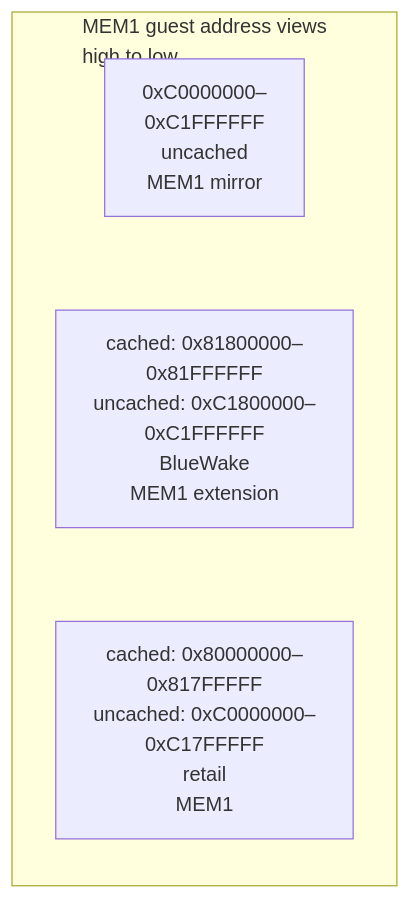
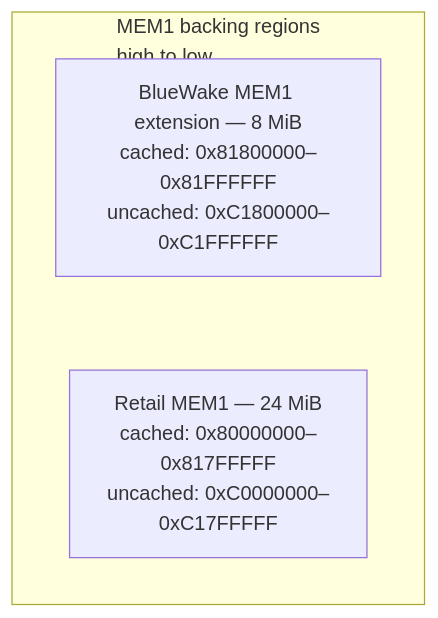
Before and after one commit to Aelbannan/boat_of_daphnes: the fourth of 6 diagrams in docs/architecture/GuestState.md, drawn with Mermaid. The commit also changed other lines of this file, not shown here.

Commit message:
docs: pair MEM1 cached and uncached views

````diff
--- a/docs/architecture/GuestState.md
+++ b/docs/architecture/GuestState.md
@@ -446,24 +447,18 @@
 ```mermaid
 flowchart TB
-    subgraph Views["MEM1 guest address views<br/>high to low"]
+    subgraph MEM1["MEM1 backing regions<br/>high to low"]
         direction TB
-        Mirror["`0xC0000000–
-0xC1FFFFFF
-uncached
-MEM1 mirror`"]
-        Extension["`cached: 0x81800000–
+        Extension["`BlueWake MEM1 extension — 8 MiB
+cached: 0x81800000–
 0x81FFFFFF
 uncached: 0xC1800000–
-0xC1FFFFFF
-BlueWake
-MEM1 extension`"]
-        Retail["`cached: 0x80000000–
+0xC1FFFFFF`"]
+        Retail["`Retail MEM1 — 24 MiB
+cached: 0x80000000–
 0x817FFFFF
 uncached: 0xC0000000–
-0xC17FFFFF
-retail
-MEM1`"]
+0xC17FFFFF`"]
 
-        Mirror ~~~ Extension ~~~ Retail
+        Extension ~~~ Retail
     end
 ```
````
